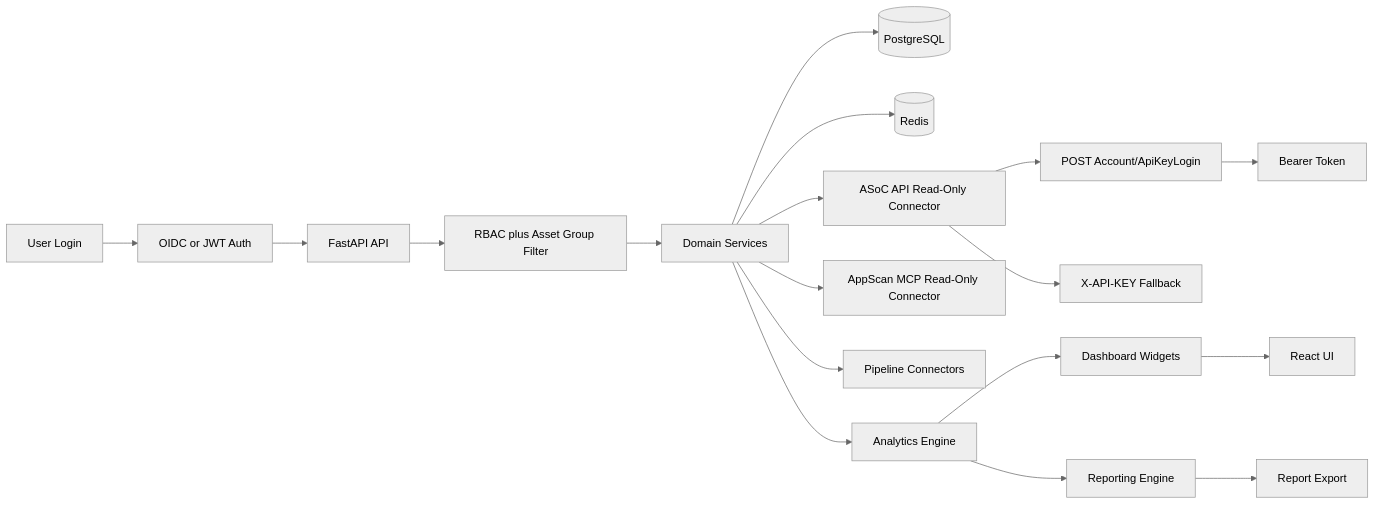
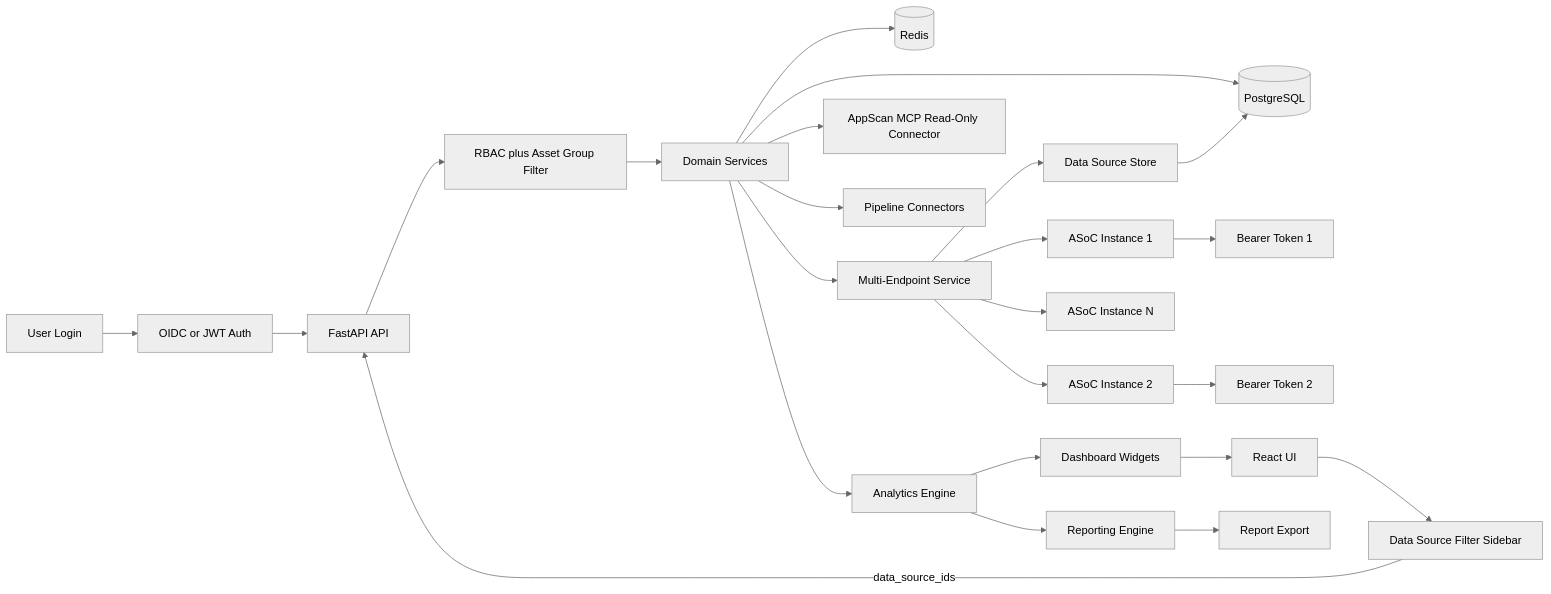
One commit to jaisonyi/AppScan-Custom-Dashboard changed the first of 5 diagrams in docs/architecture/workflow.md. Above: the diagram before and after it, drawn with Mermaid (neutral theme). The commit also changed other lines of this file and 96 other files, not shown here.

````diff
--- a/docs/architecture/workflow.md
+++ b/docs/architecture/workflow.md
@@ -3,20 +3,26 @@
 ```mermaid
 flowchart LR
 A[User Login] --> B[OIDC or JWT Auth]
 B --> C[FastAPI API]
 C --> D[RBAC plus Asset Group Filter]
 D --> E[Domain Services]
 E --> F[(PostgreSQL)]
 E --> G[(Redis)]
-E --> H[ASoC API Read-Only Connector]
-H --> H1[POST Account/ApiKeyLogin]
-H1 --> H2[Bearer Token]
-H --> H3[X-API-KEY Fallback]
+E --> DS[Multi-Endpoint Service]
+DS --> DS1[Data Source Store]
+DS1 --> F
+DS --> H1a[ASoC Instance 1]
+DS --> H1b[ASoC Instance 2]
+DS --> H1c[ASoC Instance N]
+H1a --> H2a[Bearer Token 1]
+H1b --> H2b[Bearer Token 2]
 E --> I[AppScan MCP Read-Only Connector]
 E --> J[Pipeline Connectors]
 E --> K[Analytics Engine]
 K --> L[Dashboard Widgets]
 K --> M[Reporting Engine]
 L --> N[React UI]
+N --> DSFilter[Data Source Filter Sidebar]
+DSFilter -->|data_source_ids| C
 M --> O[Report Export]
 ```
````
